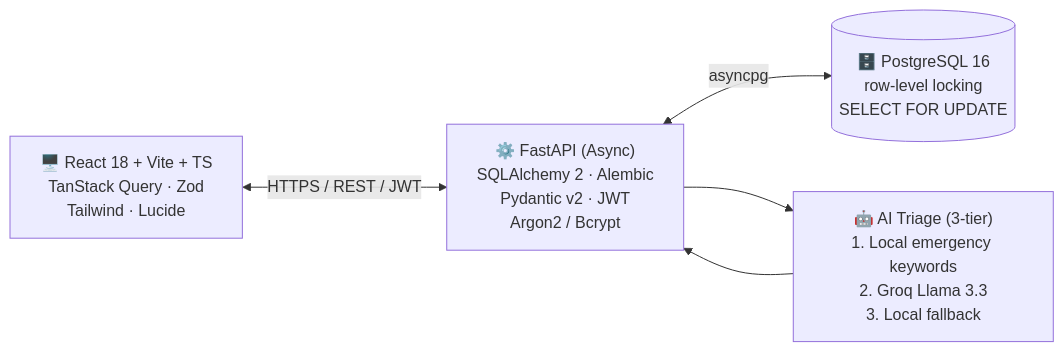
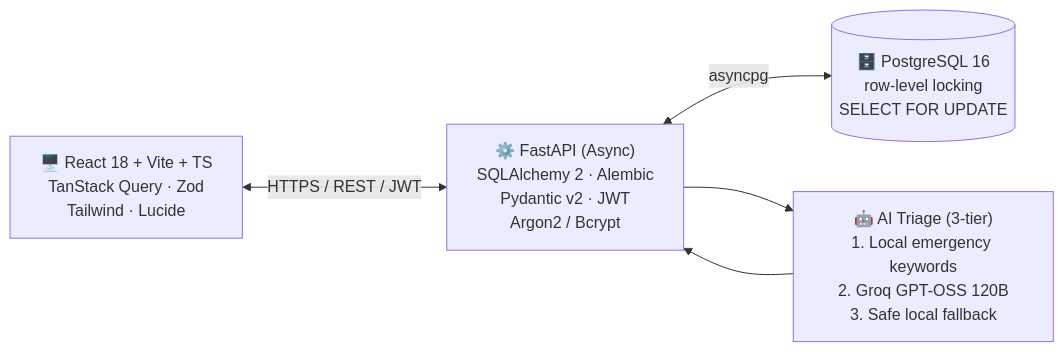
One commit to sakawatkabir13/spandan changed the diagram in README.md. Above: the diagram before and after it, drawn with Mermaid. The commit also changed other lines of this file and 115 other files, not shown here.

````diff
--- a/README.md
+++ b/README.md
@@ -113,12 +114,12 @@
 ```mermaid
 flowchart LR
     Browser["🖥️ React 18 + Vite + TS<br/>TanStack Query · Zod<br/>Tailwind · Lucide"]
     API["⚙️ FastAPI (Async)<br/>SQLAlchemy 2 · Alembic<br/>Pydantic v2 · JWT<br/>Argon2 / Bcrypt"]
     DB[("🗄️ PostgreSQL 16<br/>row-level locking<br/>SELECT FOR UPDATE")]
-    AI["🤖 AI Triage (3-tier)<br/>1. Local emergency keywords<br/>2. Groq Llama 3.3<br/>3. Local fallback"]
+    AI["🤖 AI Triage (3-tier)<br/>1. Local emergency keywords<br/>2. Groq GPT-OSS 120B<br/>3. Safe local fallback"]
 
     Browser <-->|"HTTPS / REST / JWT"| API
     API <-->|"asyncpg"| DB
     API --> AI
     AI --> API
 ```
````
